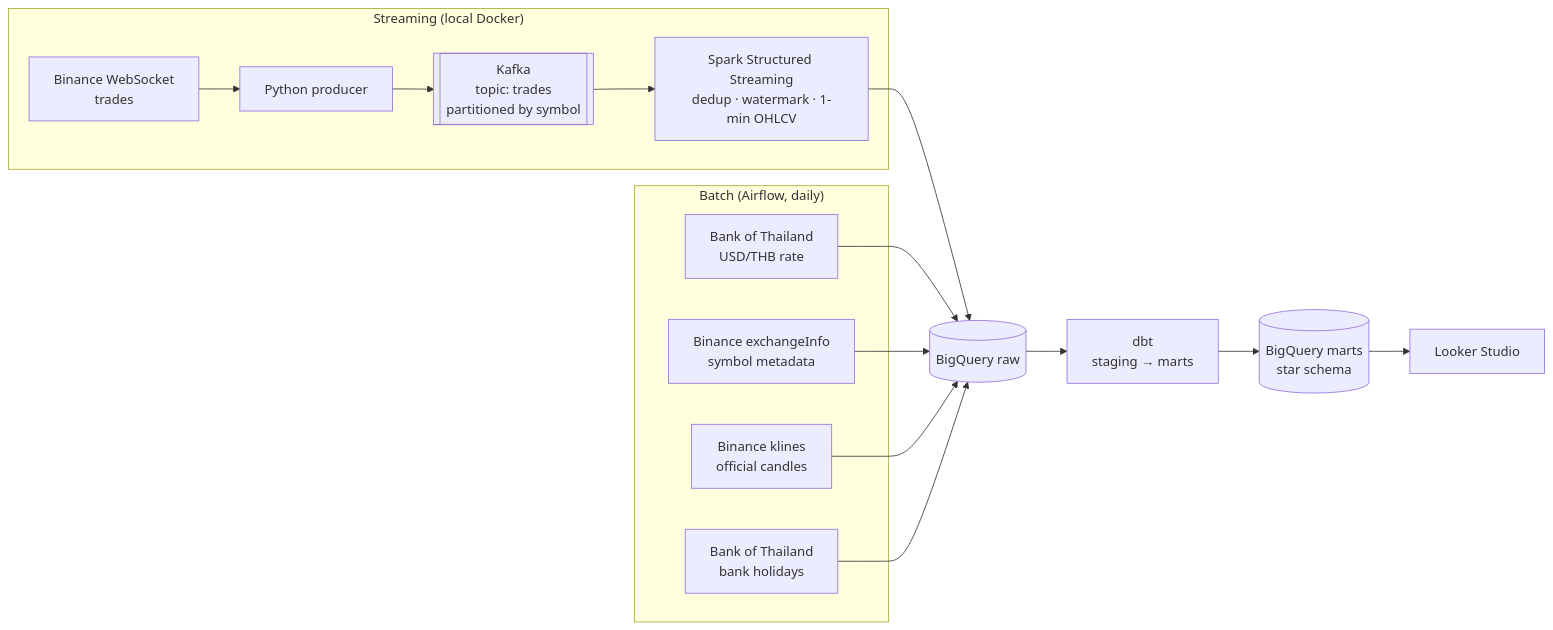
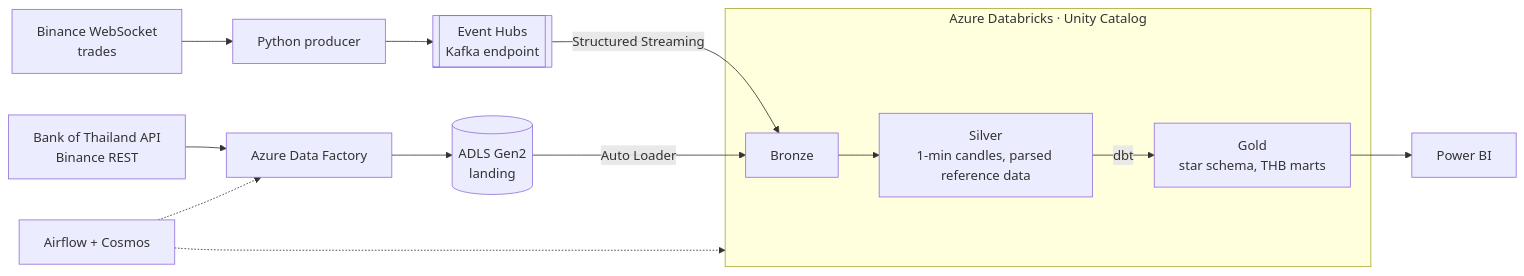
One commit to sujinan-sila/crypto-thb-data-platform changed the diagram in README.md. Above: the diagram before and after it, drawn with Mermaid. The commit also changed other lines of this file, not shown here.

Commit message:
readme: switch plan to azure + databricks

````diff
--- a/README.md
+++ b/README.md
@@ -9,22 +9,16 @@
 ```mermaid
 flowchart LR
-    subgraph STREAM["Streaming (local Docker)"]
-        WS["Binance WebSocket<br/>trades"] --> PR["Python producer"]
-        PR --> K[["Kafka<br/>topic: trades<br/>partitioned by symbol"]]
-        K --> SS["Spark Structured Streaming<br/>dedup · watermark · 1-min OHLCV"]
+    WS["Binance WebSocket<br/>trades"] --> PR["Python producer"]
+    PR --> EH[["Event Hubs<br/>Kafka endpoint"]]
+    EH -->|Structured Streaming| B
+    API["Bank of Thailand API<br/>Binance REST"] --> ADF["Azure Data Factory"]
+    ADF --> LZ[("ADLS Gen2<br/>landing")]
+    LZ -->|Auto Loader| B
+    subgraph DBX["Azure Databricks · Unity Catalog"]
+        B["Bronze"] --> S["Silver<br/>1-min candles, parsed reference data"]
+        S -->|dbt| G["Gold<br/>star schema, THB marts"]
     end
-    subgraph BATCH["Batch (Airflow, daily)"]
-        FX["Bank of Thailand<br/>USD/THB rate"]
-        EI["Binance exchangeInfo<br/>symbol metadata"]
-        KL["Binance klines<br/>official candles"]
-        HOL["Bank of Thailand<br/>bank holidays"]
-    end
-    SS --> RAW[("BigQuery raw")]
-    FX --> RAW
-    EI --> RAW
-    KL --> RAW
-    HOL --> RAW
-    RAW --> DBT["dbt<br/>staging → marts"]
-    DBT --> MART[("BigQuery marts<br/>star schema")]
-    MART --> DASH["Looker Studio"]
+    G --> PBI["Power BI"]
+    AF["Airflow + Cosmos"] -.-> ADF
+    AF -.-> DBX
 ```
````
